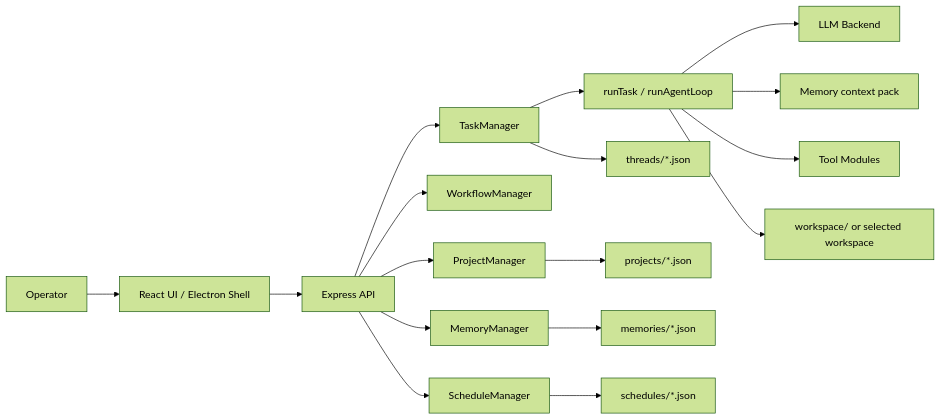
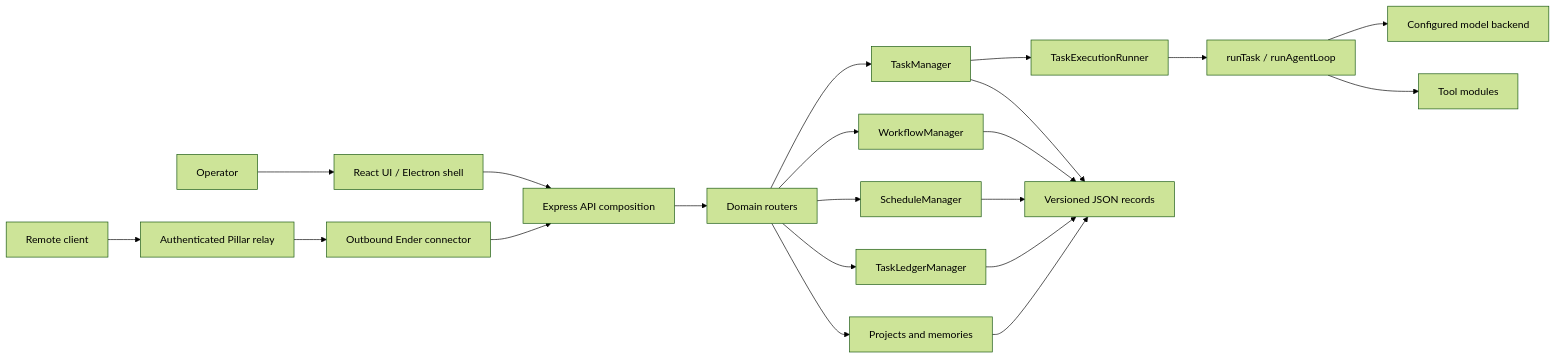
Before and after one commit to PaulMDemers/Ender: the diagram in docs/architecture/overview.md, drawn with Mermaid (forest theme). The commit also changed other lines of this file and 146 other files, not shown here.

Commit message:
Modernize Ender runtime and operator console

````diff
--- a/docs/architecture/overview.md
+++ b/docs/architecture/overview.md
@@ -11,19 +12,23 @@
 ```mermaid
 flowchart LR
-    User["Operator"] --> UI["React UI / Electron Shell"]
-    UI --> API["Express API"]
-    API --> TM["TaskManager"]
-    API --> WM["WorkflowManager"]
-    API --> SM["ScheduleManager"]
-    API --> PM["ProjectManager"]
-    API --> MM["MemoryManager"]
-    TM --> Loop["runTask / runAgentLoop"]
-    Loop --> LLM["LLM Backend"]
-    Loop --> Memories["Memory context pack"]
-    Loop --> Tools["Tool Modules"]
-    TM --> Threads["threads/*.json"]
-    PM --> Projects["projects/*.json"]
-    MM --> MemoryFiles["memories/*.json"]
-    SM --> Schedules["schedules/*.json"]
-    Loop --> Workspace["workspace/ or selected workspace"]
+    Operator["Operator"] --> UI["React UI / Electron shell"]
+    UI --> API["Express API composition"]
+    Remote["Remote client"] --> Pillar["Authenticated Pillar relay"]
+    Pillar --> Connector["Outbound Ender connector"]
+    Connector --> API
+    API --> Routes["Domain routers"]
+    Routes --> Tasks["TaskManager"]
+    Routes --> Workflows["WorkflowManager"]
+    Routes --> Schedules["ScheduleManager"]
+    Routes --> Ledger["TaskLedgerManager"]
+    Routes --> Context["Projects and memories"]
+    Tasks --> Runner["TaskExecutionRunner"]
+    Runner --> Loop["runTask / runAgentLoop"]
+    Loop --> Models["Configured model backend"]
+    Loop --> Tools["Tool modules"]
+    Tasks --> Records["Versioned JSON records"]
+    Workflows --> Records
+    Schedules --> Records
+    Ledger --> Records
+    Context --> Records
 ```
````
